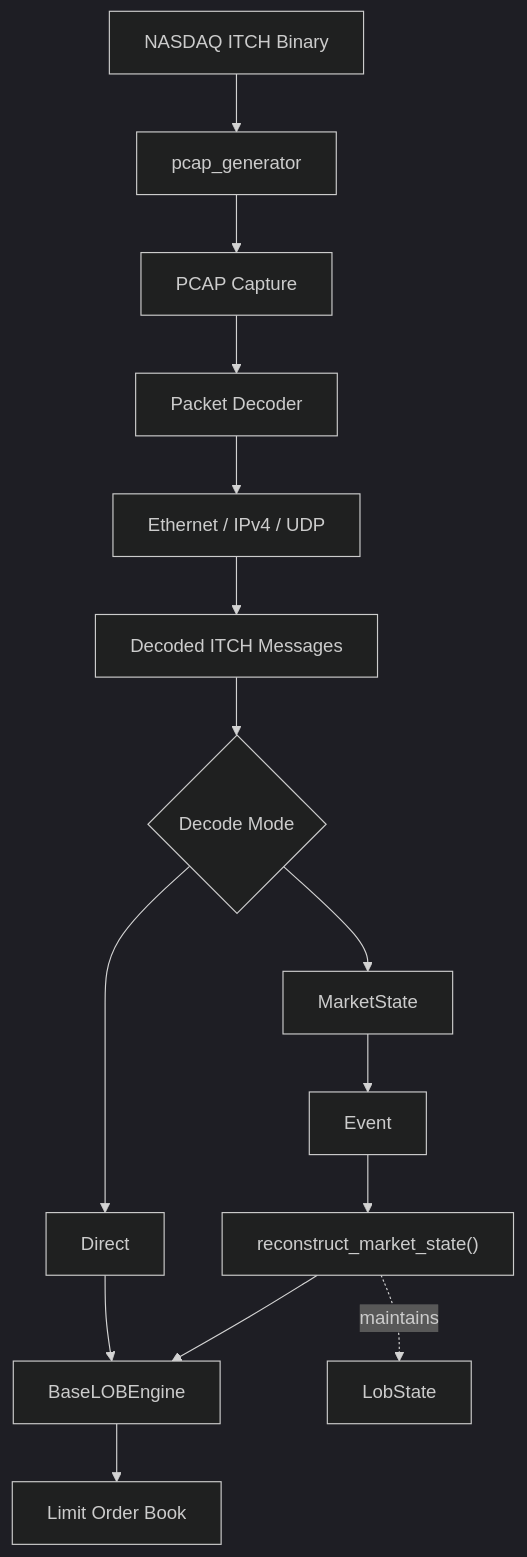
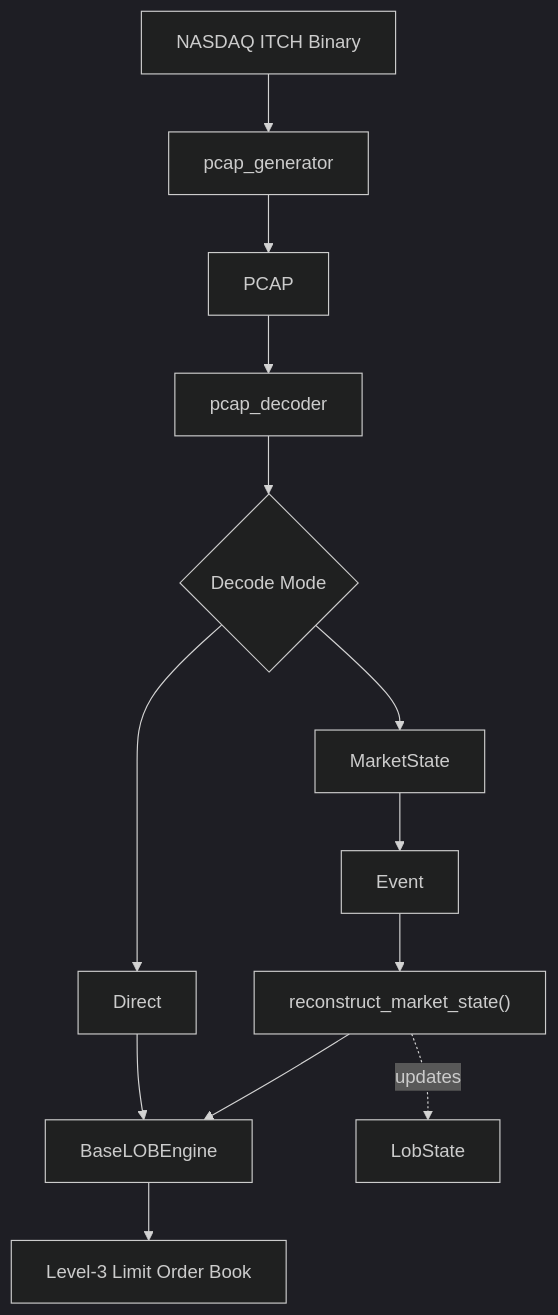
Before and after one commit to pankajj6/pcap_feed_decoder: the diagram in README.md, drawn with Mermaid (dark theme). The commit also changed other lines of this file, not shown here.

````diff
--- a/README.md
+++ b/README.md
@@ -33,32 +57,28 @@
 ```mermaid
 flowchart TD
 
     A["NASDAQ ITCH Binary"]
-    --> B["pcap_generator"]
+        --> B["pcap_generator"]
 
-    B --> C["PCAP Capture"]
+    B --> C["PCAP"]
 
-    C --> D["Packet Decoder"]
+    C --> D["pcap_decoder"]
 
-    D --> E["Ethernet / IPv4 / UDP"]
+    D --> E{"Decode Mode"}
 
-    E --> F["Decoded ITCH Messages"]
+    E --> F["Direct"]
 
-    F --> G{"Decode Mode"}
+    E --> G["MarketState"]
 
-    G --> H["Direct"]
+    F --> H["BaseLOBEngine"]
 
-    G --> I["MarketState"]
+    G --> I["Event"]
 
-    I --> J["Event"]
+    I --> J["reconstruct_market_state()"]
 
-    J --> K["reconstruct_market_state()"]
+    J --> H
 
-    H --> L["BaseLOBEngine"]
+    H --> K["Level-3 Limit Order Book"]
 
-    K --> L
-
-    L --> M["Limit Order Book"]
-
-    K -. maintains .-> N["LobState"]
+    J -. updates .-> L["LobState"]
 ```
````
